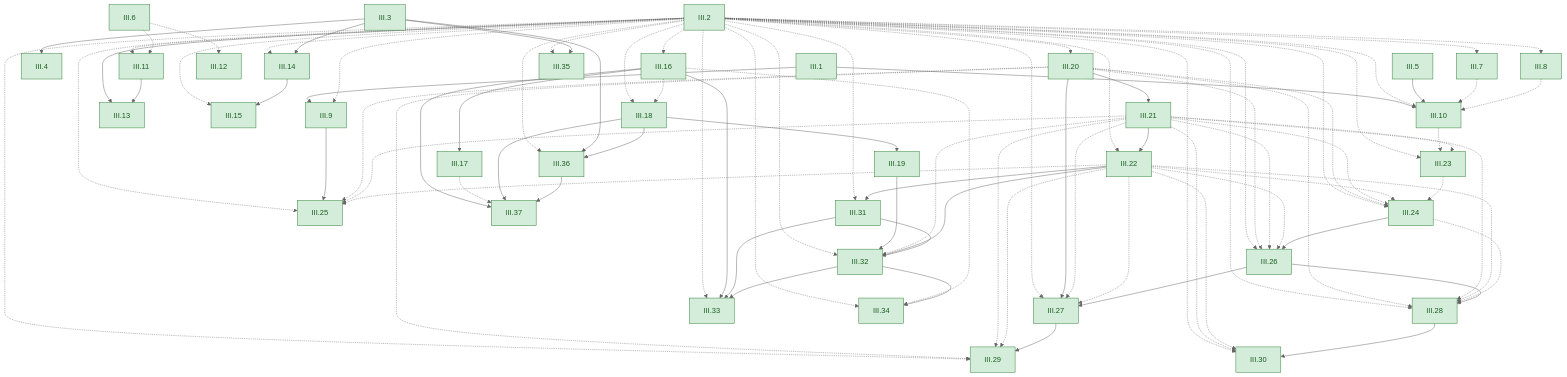
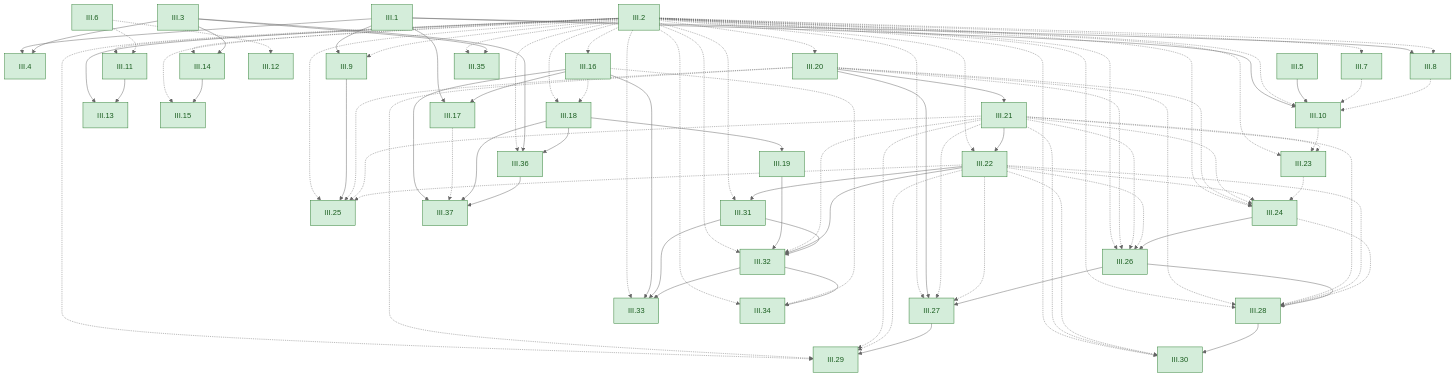
The sixth of 6 diagrams in GRAPH.md (dodecaplex-co/stoicheia), drawn with Mermaid (neutral theme) before and after one commit. The commit also changed other lines of this file and 8 other files, not shown here.

```diff
--- a/GRAPH.md
+++ b/GRAPH.md
@@ -797,8 +797,10 @@
   III35["III.35"]
   III36["III.36"]
   III37["III.37"]
+  III1 --> III4
   III3 --> III4
   III2 -.-> III7
+  III1 --> III8
   III2 -.-> III8
   III1 --> III9
   III2 -.-> III9
@@ -817,6 +819,7 @@
   III2 -.-> III15
   III14 --> III15
   III2 -.-> III16
+  III1 --> III17
   III16 --> III17
   III2 -.-> III18
   III16 -.-> III18
```
